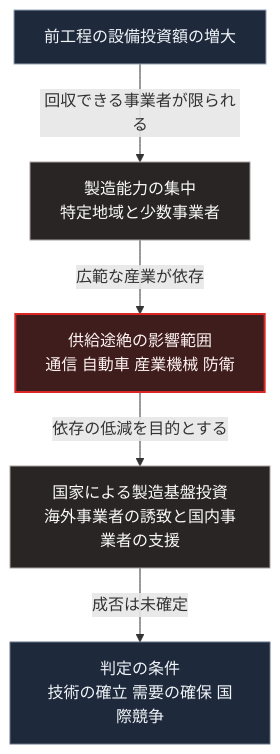
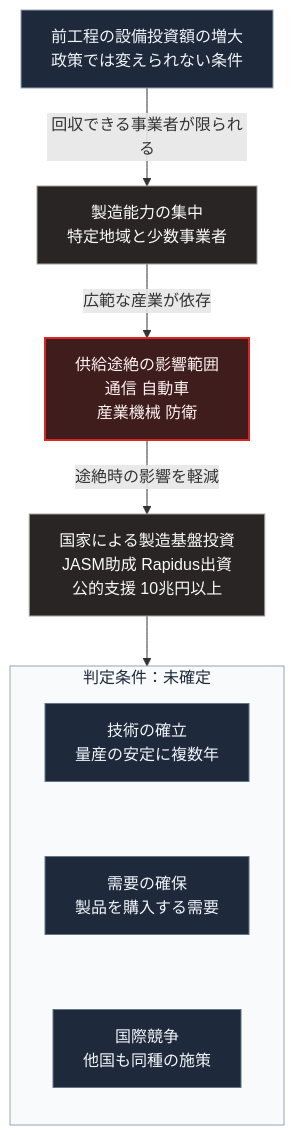
Before and after one commit to Takenori-Kusaka/zenn-content: the diagram in books/sovereign-resilience-blueprint/33_meti-semiconductor-rapidus.md, drawn with Mermaid. The commit also changed other lines of this file and 114 other files, not shown here.

````diff
--- a/books/sovereign-resilience-blueprint/33_meti-semiconductor-rapidus.md
+++ b/books/sovereign-resilience-blueprint/33_meti-semiconductor-rapidus.md
@@ -55,14 +55,22 @@
 ```mermaid
 flowchart TD
-    A[前工程の設備投資額の増大]
+    A[前工程の設備投資額の増大<br>政策では変えられない条件]
     A -->|回収できる事業者が限られる| B[製造能力の集中<br>特定地域と少数事業者]
-    B -->|広範な産業が依存| C[供給途絶の影響範囲<br>通信 自動車 産業機械 防衛]
-    C -->|依存の低減を目的とする| D[国家による製造基盤投資<br>海外事業者の誘致と国内事業者の支援]
-    D -->|成否は未確定| E[判定の条件<br>技術の確立 需要の確保 国際競争]
+    B -->|広範な産業が依存| C[供給途絶の影響範囲<br>通信 自動車<br>産業機械 防衛]
+    C -->|途絶時の影響を軽減| D[国家による製造基盤投資<br>JASM助成 Rapidus出資<br>公的支援 10兆円以上]
+    subgraph G[判定条件：未確定]
+        direction TB
+        E1[技術の確立<br>量産の安定に複数年] ~~~ E2[需要の確保<br>製品を購入する需要]
+        E2 ~~~ E3[国際競争<br>他国も同種の施策]
+    end
+    D --> G
 
     style A fill:#1e293b,stroke:#94a3b8,color:#f1f5f9
     style B fill:#292524,stroke:#a8a29e,color:#fafaf9
     style C fill:#3f1d1d,stroke:#dc2626,stroke-width:2px,color:#fef2f2
     style D fill:#292524,stroke:#a8a29e,color:#fafaf9
-    style E fill:#1e293b,stroke:#64748b,color:#f1f5f9
+    style E1 fill:#1e293b,stroke:#64748b,color:#f1f5f9
+    style E2 fill:#1e293b,stroke:#64748b,color:#f1f5f9
+    style E3 fill:#1e293b,stroke:#64748b,color:#f1f5f9
+    style G fill:#f8fafc,stroke:#94a3b8,color:#1e293b
 ```
````
